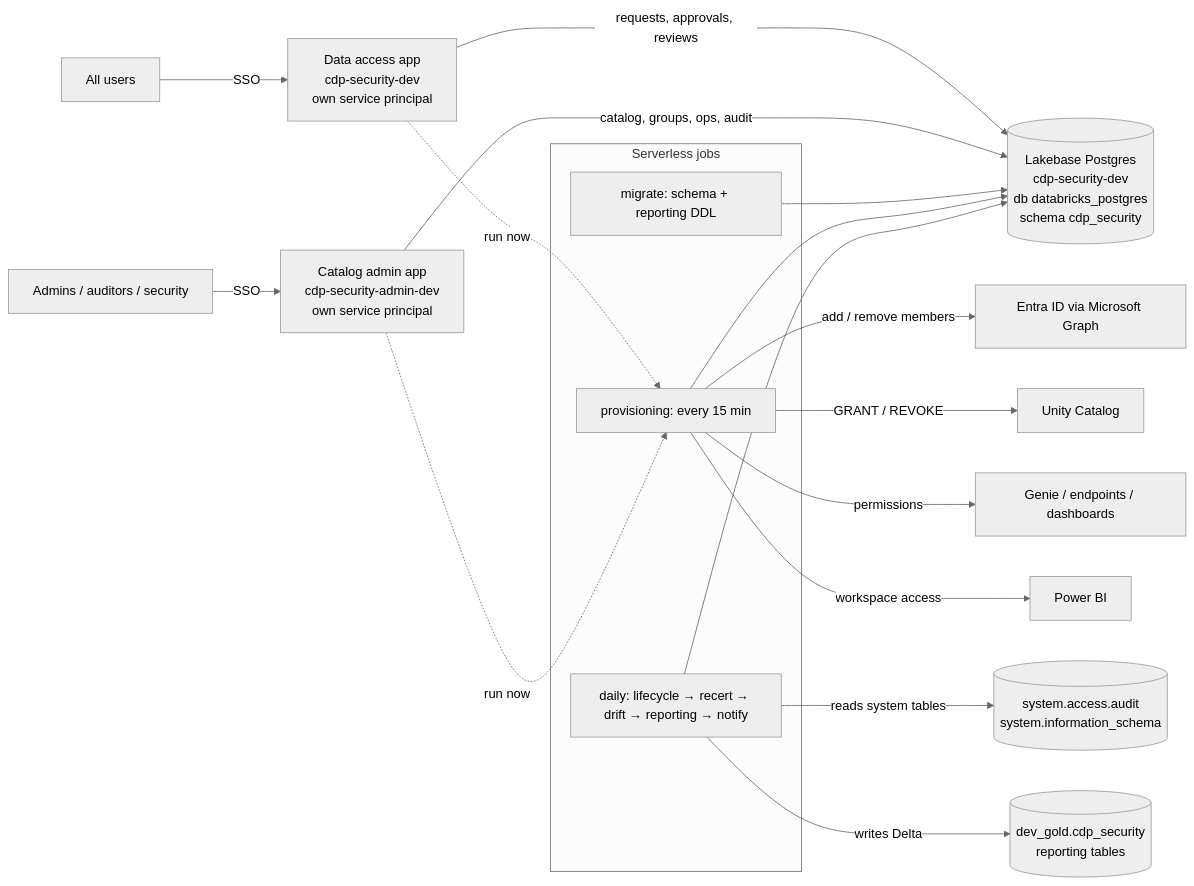
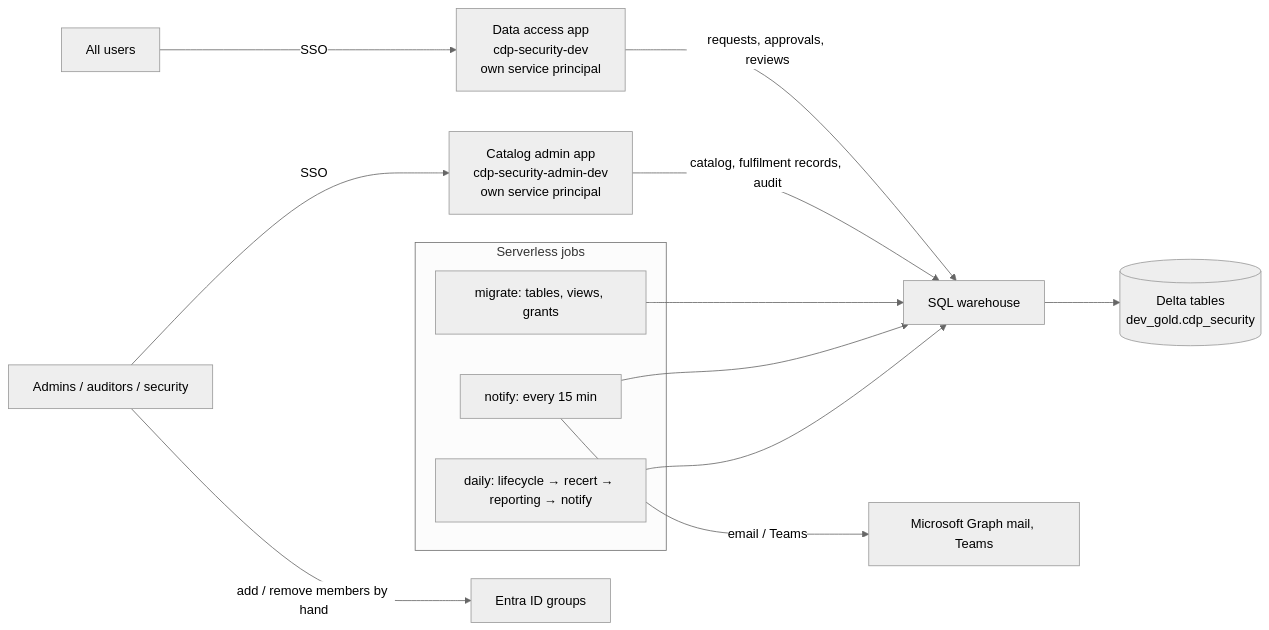
One commit to satya106164/azure_adb changed the diagram in security_app/docs/GUIDE.md. Above: the diagram before and after it, drawn with Mermaid (neutral theme). The commit also changed other lines of this file and 71 other files, not shown here.

First line of the commit message:
Security app on Delta tables and SQL warehouse, with manual fulfilment

````diff
--- a/security_app/docs/GUIDE.md
+++ b/security_app/docs/GUIDE.md
@@ -68,23 +74,18 @@
 ```mermaid
 flowchart LR
     U[All users] -->|SSO| RA[Data access app<br/>cdp-security-dev<br/>own service principal]
     A[Admins / auditors / security] -->|SSO| AA[Catalog admin app<br/>cdp-security-admin-dev<br/>own service principal]
-    RA -->|requests, approvals, reviews| LB[(Lakebase Postgres<br/>cdp-security-dev<br/>db databricks_postgres<br/>schema cdp_security)]
-    AA -->|catalog, groups, ops, audit| LB
-    RA -. "run now" .-> PJ
-    AA -. "run now" .-> PJ
+    RA -->|requests, approvals, reviews| WH[SQL warehouse]
+    AA -->|catalog, fulfilment records, audit| WH
+    WH --> DT[(Delta tables<br/>dev_gold.cdp_security)]
+    A -->|add / remove members by hand| ENTRA[Entra ID groups]
     subgraph Jobs [Serverless jobs]
-        MJ[migrate: schema + reporting DDL]
-        PJ[provisioning: every 15 min]
-        DJ[daily: lifecycle → recert → drift → reporting → notify]
+        MJ[migrate: tables, views, grants]
+        NJ[notify: every 15 min]
+        DJ[daily: lifecycle → recert → reporting → notify]
     end
-    MJ --> LB
-    PJ --> LB
-    DJ --> LB
-    PJ -->|add / remove members| ENTRA[Entra ID via Microsoft Graph]
-    PJ -->|GRANT / REVOKE| UC[Unity Catalog]
-    PJ -->|permissions| WS[Genie / endpoints / dashboards]
-    PJ -->|workspace access| PBI[Power BI]
-    DJ -->|reads system tables| SYS[(system.access.audit<br/>system.information_schema)]
-    DJ -->|writes Delta| RPT[(dev_gold.cdp_security<br/>reporting tables)]
+    MJ --> WH
+    NJ --> WH
+    DJ --> WH
+    NJ -->|email / Teams| MAIL[Microsoft Graph mail, Teams]
 ```
````
